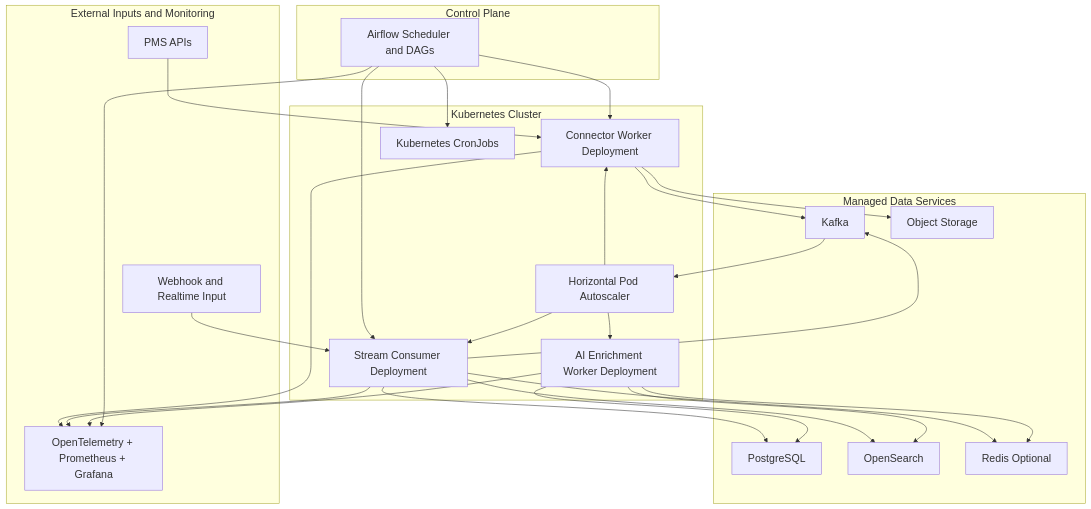
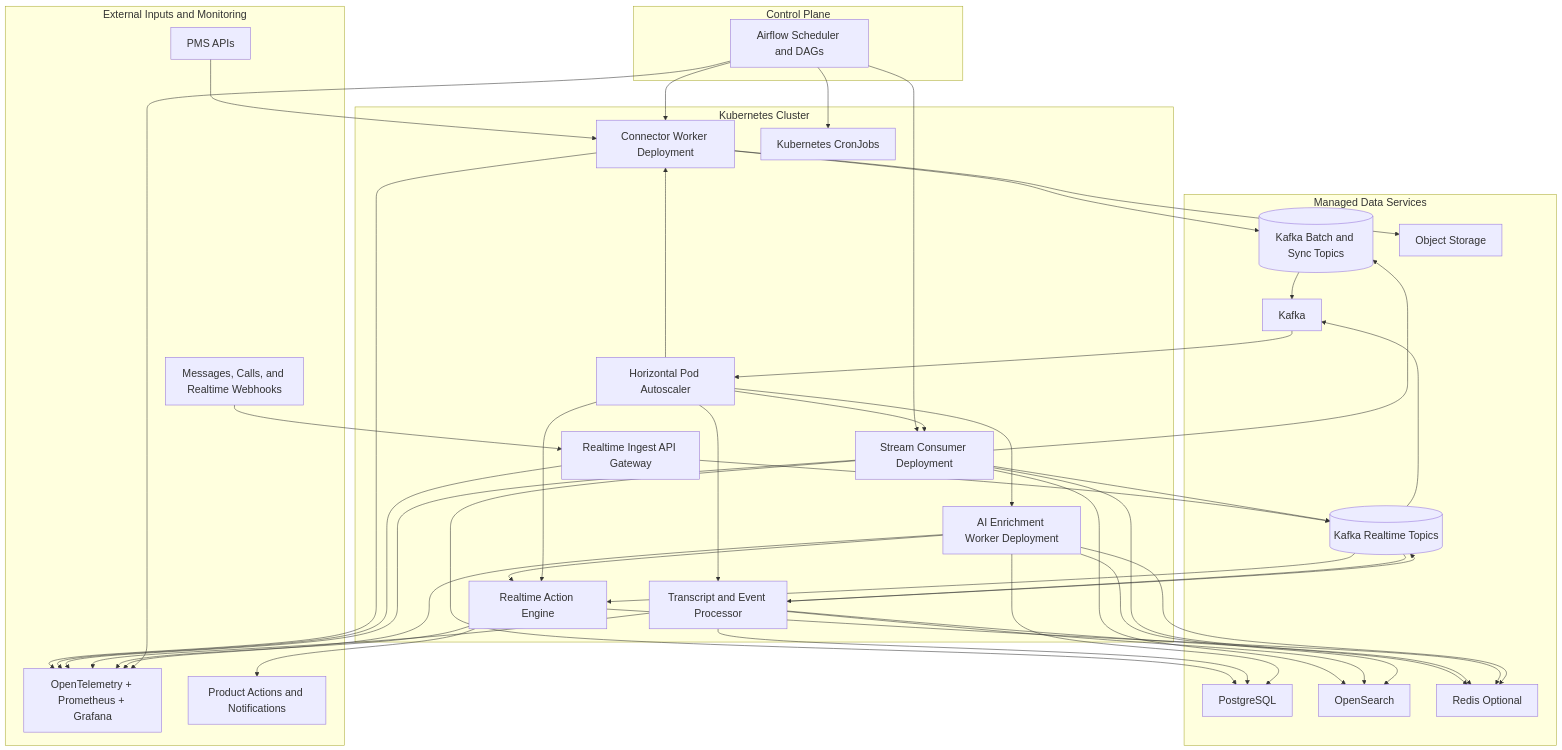
One commit to egenc/lightwork-data-engineer-takehome changed the second of 2 diagrams in README.md. Above: the diagram before and after it, drawn with Mermaid.

Commit message:
Show explicit live data path in Airflow/Kubernetes runtime diagram

````diff
--- a/README.md
+++ b/README.md
@@ -194,56 +194,82 @@
 ```mermaid
 %%{init: {'themeVariables': {'fontSize': '20px'}}}%%
 flowchart TB
   subgraph ControlPlane[Control Plane]
     airflow[Airflow Scheduler and DAGs]
   end
 
   subgraph KubernetesCluster[Kubernetes Cluster]
     connectorDeploy[Connector Worker Deployment]
     streamConsumerDeploy[Stream Consumer Deployment]
+    realtimeIngest[Realtime Ingest API Gateway]
+    transcriptProcessor[Transcript and Event Processor]
+    realtimeActionEngine[Realtime Action Engine]
     aiWorkerDeploy[AI Enrichment Worker Deployment]
     hpa[Horizontal Pod Autoscaler]
     cronJobs[Kubernetes CronJobs]
   end
 
   subgraph DataServices[Managed Data Services]
     kafka[Kafka]
+    realtimeTopics[(Kafka Realtime Topics)]
+    batchTopics[(Kafka Batch and Sync Topics)]
     postgres[PostgreSQL]
     opensearch[OpenSearch]
     redis[Redis Optional]
     objectStore[Object Storage]
   end
 
   subgraph InputsAndOps[External Inputs and Monitoring]
     pmsApis[PMS APIs]
-    webhookInput[Webhook and Realtime Input]
+    webhookInput[Messages, Calls, and Realtime Webhooks]
     observability[OpenTelemetry + Prometheus + Grafana]
+    productActions[Product Actions and Notifications]
   end
 
   airflow --> cronJobs
   airflow --> connectorDeploy
   airflow --> streamConsumerDeploy
 
   pmsApis --> connectorDeploy
-  webhookInput --> streamConsumerDeploy
+  webhookInput --> realtimeIngest
+  realtimeIngest --> realtimeTopics
 
-  connectorDeploy --> kafka
+  connectorDeploy --> batchTopics
   connectorDeploy --> objectStore
-  streamConsumerDeploy --> kafka
+  streamConsumerDeploy --> batchTopics
+  transcriptProcessor --> realtimeTopics
+  streamConsumerDeploy --> realtimeTopics
+  realtimeTopics --> transcriptProcessor
+  realtimeTopics --> realtimeActionEngine
+  batchTopics --> kafka
+  realtimeTopics --> kafka
+
   streamConsumerDeploy --> postgres
   streamConsumerDeploy --> opensearch
   streamConsumerDeploy --> redis
+  transcriptProcessor --> postgres
+  transcriptProcessor --> opensearch
+  transcriptProcessor --> redis
+  realtimeActionEngine --> redis
+  realtimeActionEngine --> productActions
+
   aiWorkerDeploy --> postgres
   aiWorkerDeploy --> opensearch
   aiWorkerDeploy --> redis
+  aiWorkerDeploy --> realtimeActionEngine
 
   kafka --> hpa
   hpa --> connectorDeploy
   hpa --> streamConsumerDeploy
+  hpa --> transcriptProcessor
+  hpa --> realtimeActionEngine
   hpa --> aiWorkerDeploy
 
   connectorDeploy --> observability
+  realtimeIngest --> observability
   streamConsumerDeploy --> observability
+  transcriptProcessor --> observability
+  realtimeActionEngine --> observability
   aiWorkerDeploy --> observability
   airflow --> observability
 ```
````
